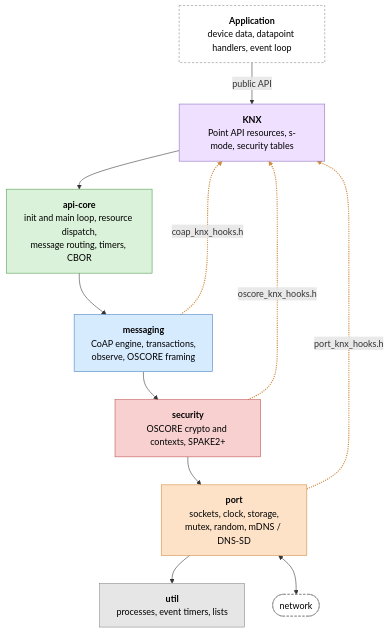
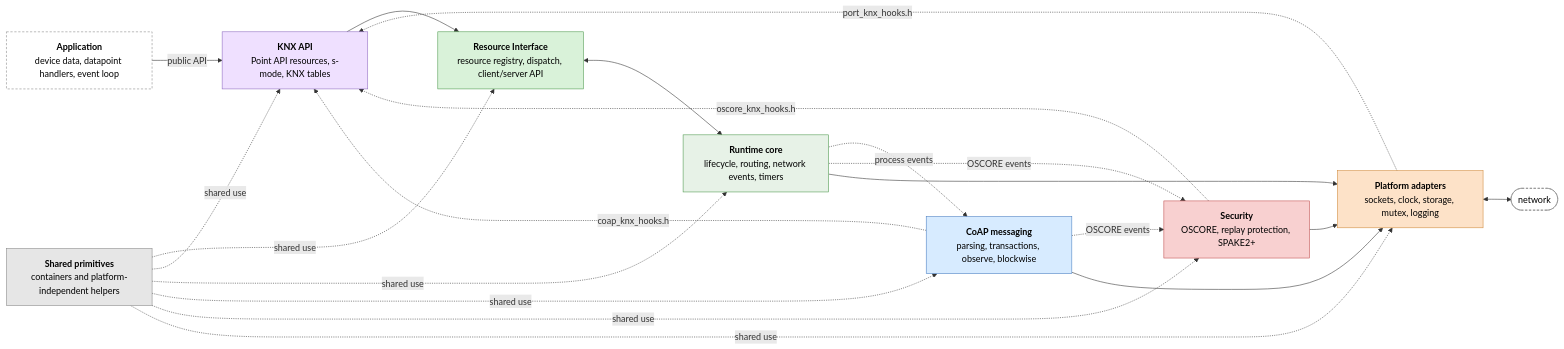
One commit to nrfconnect/sdk-knx-iot-point-api-stack changed the first of 7 diagrams in docs/software-design.md. Above: the diagram before and after it, drawn with Mermaid. The commit also changed other lines of this file and 182 other files, not shown here.

````diff
--- a/docs/software-design.md
+++ b/docs/software-design.md
@@ -19,38 +19,49 @@
 ```mermaid
-flowchart TB
+flowchart LR
   APP["<b>Application</b><br/>device data, datapoint handlers, event loop"]
-  KNX["<b>KNX</b><br/>Point API resources, s-mode, security tables"]
-  API["<b>api-core</b><br/>init and main loop, resource dispatch,<br/>message routing, timers, CBOR"]
-  MSG["<b>messaging</b><br/>CoAP engine, transactions,<br/>observe, OSCORE framing"]
-  SEC["<b>security</b><br/>OSCORE crypto and contexts, SPAKE2+"]
-  PORT["<b>port</b><br/>sockets, clock, storage,<br/>mutex, random, mDNS / DNS-SD"]
-  UTIL["<b>util</b><br/>processes, event timers, lists"]
+  KNX["<b>KNX API</b><br/>Point API resources, s-mode, KNX tables"]
+  RI["<b>Resource Interface</b><br/>resource registry, dispatch, client/server API"]
+  CORE["<b>Runtime core</b><br/>lifecycle, routing, network events, timers"]
+  MSG["<b>CoAP messaging</b><br/>parsing, transactions, observe, blockwise"]
+  SEC["<b>Security</b><br/>OSCORE, replay protection, SPAKE2+"]
+  PORT["<b>Platform adapters</b><br/>sockets, clock, storage, mutex, logging"]
+  UTIL["<b>Shared primitives</b><br/>containers and platform-independent helpers"]
   NET(["network"])
 
   APP -->|"public API"| KNX
-  KNX --> API
-  API --> MSG
-  MSG --> SEC
+  KNX --> RI
+  RI <--> CORE
+  CORE -. "process events" .-> MSG
+  CORE -. "OSCORE events" .-> SEC
+  MSG -. "OSCORE events" .-> SEC
+  CORE --> PORT
+  MSG --> PORT
   SEC --> PORT
-  PORT --> UTIL
   PORT <--> NET
   MSG -.->|"coap_knx_hooks.h"| KNX
   SEC -.->|"oscore_knx_hooks.h"| KNX
   PORT -.->|"port_knx_hooks.h"| KNX
+  UTIL -. "shared use" .-> RI
+  UTIL -. "shared use" .-> KNX
+  UTIL -. "shared use" .-> CORE
+  UTIL -. "shared use" .-> MSG
+  UTIL -. "shared use" .-> SEC
+  UTIL -. "shared use" .-> PORT
 
   classDef ext fill:#ffffff,stroke:#888888,color:#000,stroke-dasharray:4 3
   classDef knx fill:#efe0ff,stroke:#8e6cc0,color:#000
-  classDef api fill:#d9f2d9,stroke:#4f9a4f,color:#000
+  classDef ri fill:#d9f2d9,stroke:#4f9a4f,color:#000
+  classDef core fill:#e7f2e7,stroke:#4f9a4f,color:#000
   classDef msg fill:#d7ebff,stroke:#4a7fc1,color:#000
   classDef sec fill:#f8d0d0,stroke:#c05050,color:#000
   classDef port fill:#fde2c8,stroke:#d08a3c,color:#000
   classDef util fill:#e6e6e6,stroke:#888888,color:#000
   class APP,NET ext
   class KNX knx
-  class API api
+  class RI ri
+  class CORE core
   class MSG msg
   class SEC sec
   class PORT port
   class UTIL util
-  linkStyle 7,8,9 stroke:#d08a3c,stroke-width:2px
 ```
````
